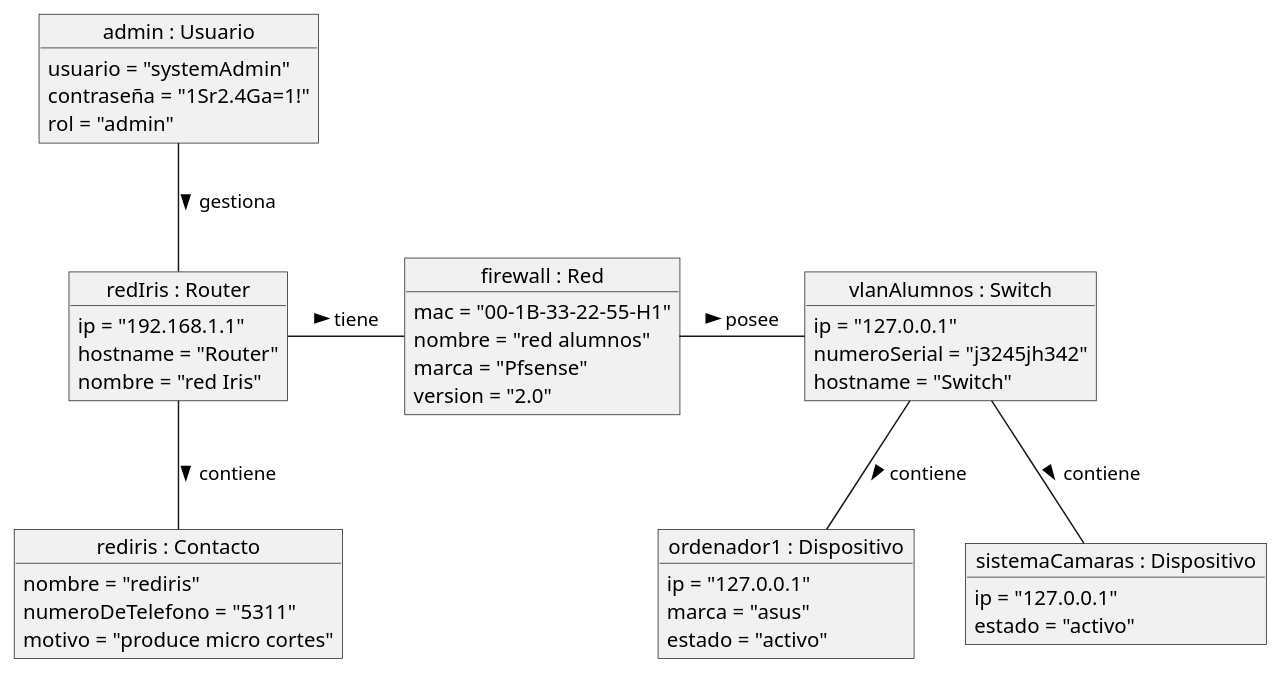
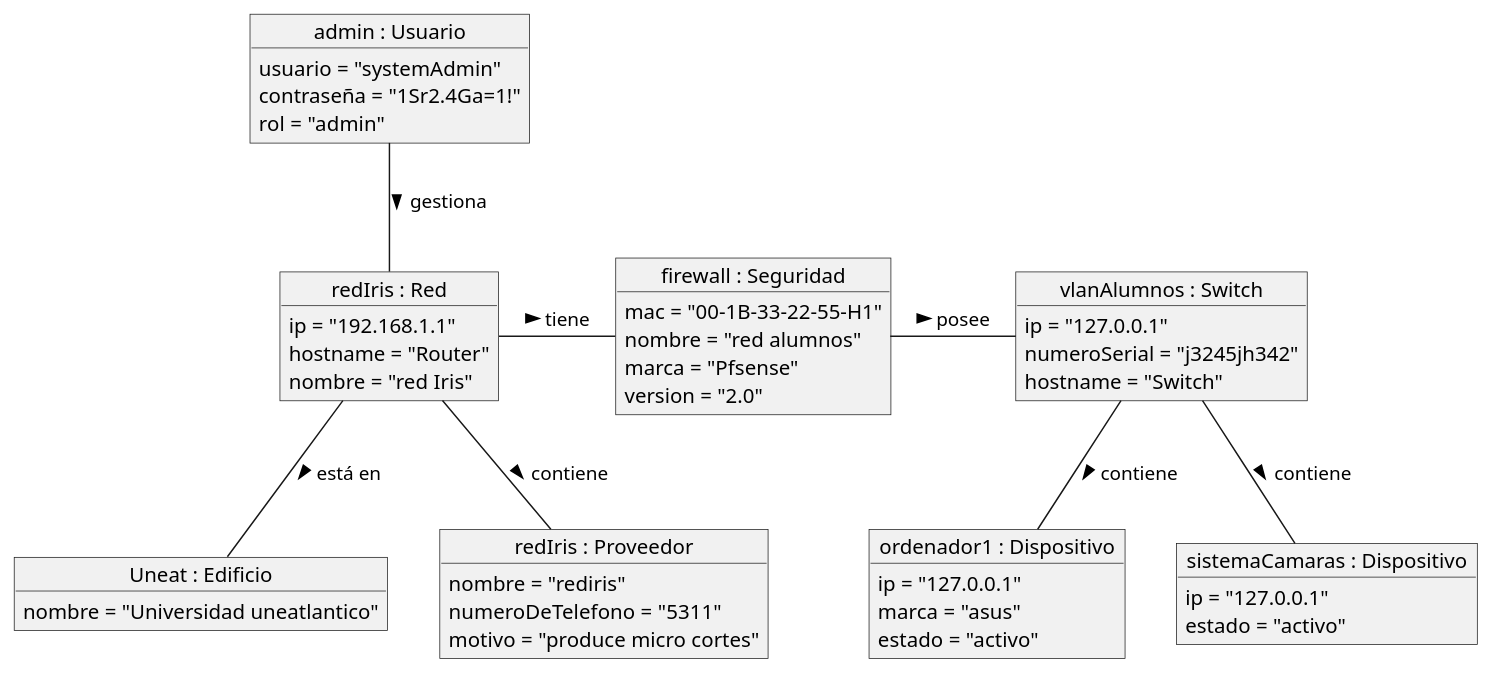
One commit to mmasias/IdSw1-22-23 changed the diagram in 000-entregas/diagramaDeObjetos/proyecto.plantuml. Above: the diagram before and after it, drawn with PlantUML. The commit also changed 4 other files, not shown here.

```diff
--- a/000-entregas/diagramaDeObjetos/proyecto.plantuml
+++ b/000-entregas/diagramaDeObjetos/proyecto.plantuml
@@ -1,53 +1,58 @@
 @startuml proyecto
 
 object "admin : Usuario" as admin {
     usuario = "systemAdmin"
     contraseña = "1Sr2.4Ga=1!"
     rol = "admin"
 }
 
-object "redIris : Router" as router1 {
+object "redIris : Red" as red1 {
 ip = "192.168.1.1"
 hostname = "Router"
 nombre = "red Iris"
 }
 
-object "rediris : Contacto" as contacto1 {
+object "Uneat : Edificio" as uneat {
+nombre = "Universidad uneatlantico"
+}
+
+object "redIris : Proveedor" as redIris {
 nombre = "rediris"
 numeroDeTelefono = "5311"
 motivo = "produce micro cortes"
 }
 
-object "firewall : Red" as redAlumnos {
+object "firewall : Seguridad" as firewall {
 mac = "00-1B-33-22-55-H1"
 nombre = "red alumnos"
 marca = "Pfsense"
 version = "2.0"
 }
 
-object "vlanAlumnos : Switch" as alumnosVlan {
+object "vlanAlumnos : Switch" as vlanAlumnos {
     ip = "127.0.0.1"
     numeroSerial = "j3245jh342"
     hostname = "Switch"
 }
 
 object "ordenador1 : Dispositivo" as ordenador1 {
     ip = "127.0.0.1"
     marca = "asus"
     estado = "activo"
 }
 
 object "sistemaCamaras : Dispositivo" as sistemaCamaras1 {
     ip = "127.0.0.1"
     estado = "activo"
 }
 
-admin -- router1: gestiona >
-router1 -r- redAlumnos: tiene >
-router1 -- contacto1: contiene >
-redAlumnos -r- alumnosVlan: posee >
-alumnosVlan -- ordenador1: contiene >
-alumnosVlan -- sistemaCamaras1: contiene >
+admin -- red1: gestiona >
+red1 -r- firewall: tiene >
+red1 -- redIris: contiene >
+red1 -- uneat: está en >
+firewall -r- vlanAlumnos: posee >
+vlanAlumnos -- ordenador1: contiene >
+vlanAlumnos -- sistemaCamaras1: contiene >
 
 
 @enduml
```
